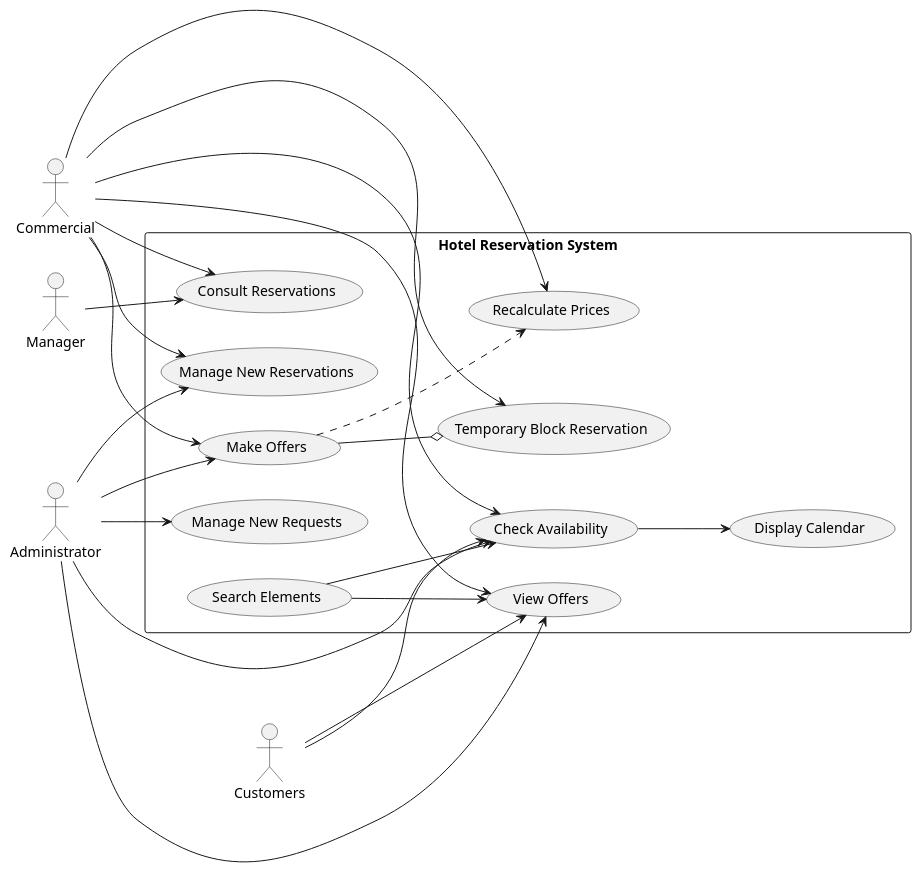
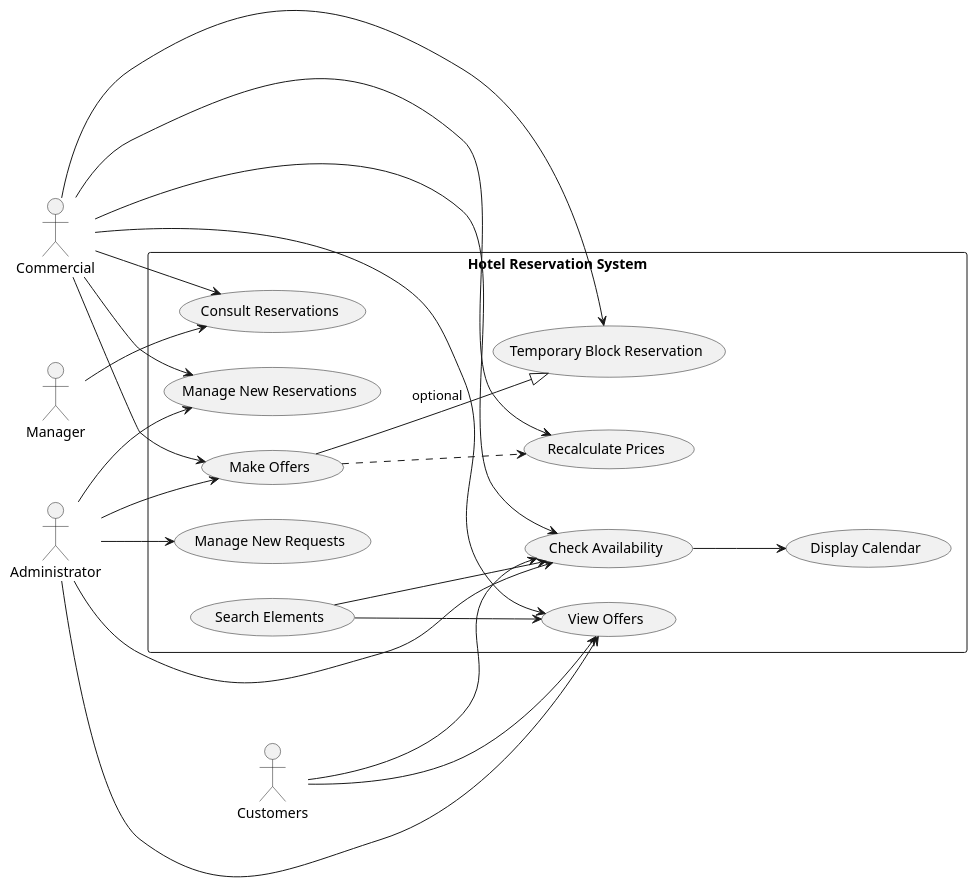
Before and after one commit to nisia289/INRE-UAL-Blanco-2023: the diagram in LAB0/CODE/Scenario3HotelCompany.md, drawn with PlantUML.

```diff
--- a/LAB0/CODE/Scenario3HotelCompany.md
+++ b/LAB0/CODE/Scenario3HotelCompany.md
@@ -1,41 +1,41 @@
 @startuml
 left to right direction
 actor "Manager" as Manager
 actor "Commercial" as Commercial
 actor "Administrator" as Administrator
 actor "Customers" as Customers
 
 rectangle "Hotel Reservation System" {
   usecase "Consult Reservations" as ConsultReservations
   usecase "Make Offers" as MakeOffers
   usecase "Manage New Reservations" as ManageReservations
   usecase "Manage New Requests" as ManageRequests
   usecase "Recalculate Prices" as RecalculatePrices
   usecase "Temporary Block Reservation" as TemporaryBlock
   usecase "Check Availability" as CheckAvailability
   usecase "View Offers" as ViewOffers
   usecase "Search Elements" as SearchElements
   usecase "Display Calendar" as DisplayCalendar
 
   Manager --> ConsultReservations 
   Commercial --> ConsultReservations 
   Commercial --> MakeOffers 
   Commercial --> ManageReservations
   Commercial --> CheckAvailability
   Administrator --> ManageReservations
   Administrator --> MakeOffers 
   Administrator --> ManageRequests
   Commercial -> RecalculatePrices
   Commercial --> TemporaryBlock
   Customers --> CheckAvailability
   Administrator --> CheckAvailability
   Administrator --> ViewOffers
   Commercial --> ViewOffers
   Customers --> ViewOffers
   SearchElements --> CheckAvailability
   SearchElements --> ViewOffers
   CheckAvailability --> DisplayCalendar
-  MakeOffers --o TemporaryBlock
+  MakeOffers --|> TemporaryBlock : optional
   MakeOffers ..> RecalculatePrices
 }
 @enduml
```
